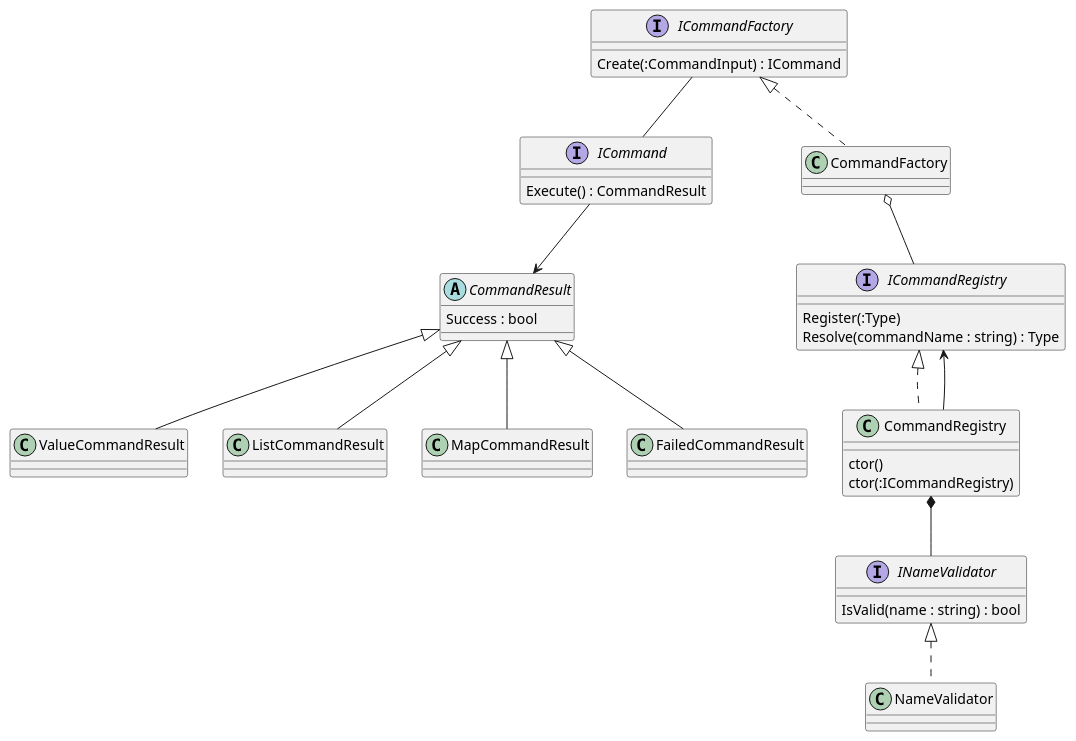
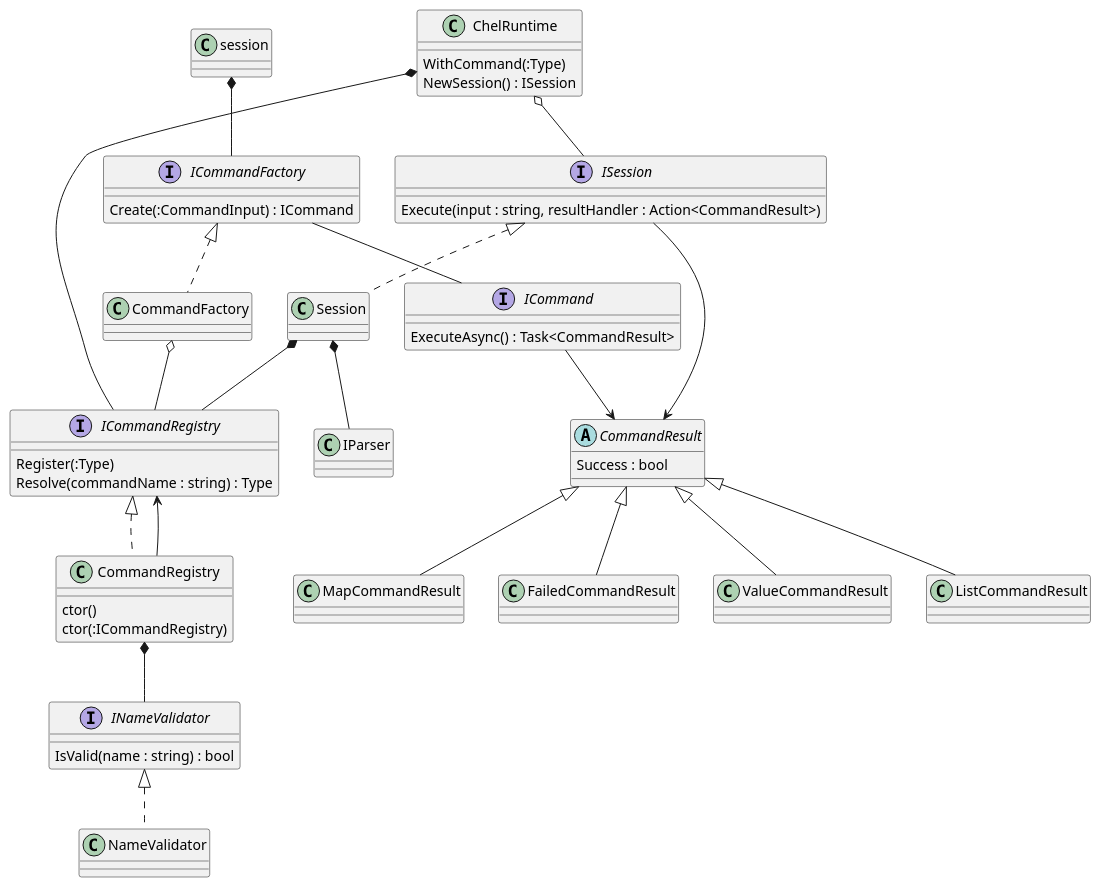
Before and after one commit to codeflood/chel: the diagram in docs/class-design.puml, drawn with PlantUML. The commit also changed 7 other files, not shown here.

Commit message:
Implement Session and initial Runtime class

```diff
--- a/docs/class-design.puml
+++ b/docs/class-design.puml
@@ -1,53 +1,73 @@
 @startuml class
 
 interface ICommand {
-    Execute() : CommandResult
+    ExecuteAsync() : Task<CommandResult>
 }
 
 abstract class CommandResult {
     Success : bool
 }
 
 class ValueCommandResult
 CommandResult <|-- ValueCommandResult
 
 class ListCommandResult
 CommandResult <|-- ListCommandResult
 
 class MapCommandResult
 CommandResult <|-- MapCommandResult
 
 class FailedCommandResult
 CommandResult <|-- FailedCommandResult
 
 ICommand --> CommandResult
 
 interface ICommandFactory {
     Create(:CommandInput) : ICommand
 }
 
 interface ICommandRegistry {
     Register(:Type)
     Resolve(commandName : string) : Type
 }
 
 ICommandFactory -- ICommand
 
 class CommandRegistry implements ICommandRegistry {
     ctor()
     ctor(:ICommandRegistry)
 }
 CommandRegistry --> ICommandRegistry
 
 class CommandFactory implements ICommandFactory
 CommandFactory o-- ICommandRegistry
 
 interface INameValidator {
     IsValid(name : string) : bool
 }
 
 class NameValidator implements INameValidator
 
 CommandRegistry *-- INameValidator
 
+interface ISession {
+    Execute(input : string, resultHandler : Action<CommandResult>)
+}
+
+ISession --> CommandResult
+
+class Session implements ISession
+
+Session *-- ICommandRegistry
+session *-- ICommandFactory
+Session *-- IParser
+
+class ChelRuntime {
+    WithCommand(:Type)
+    NewSession() : ISession
+}
+
+ChelRuntime o-- ISession
+ChelRuntime *-- ICommandRegistry
+
 @enduml
```
